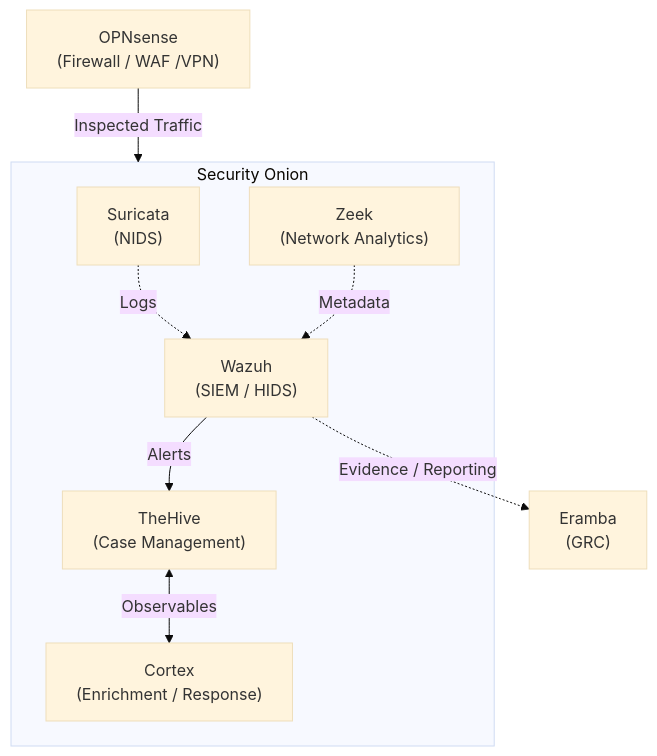
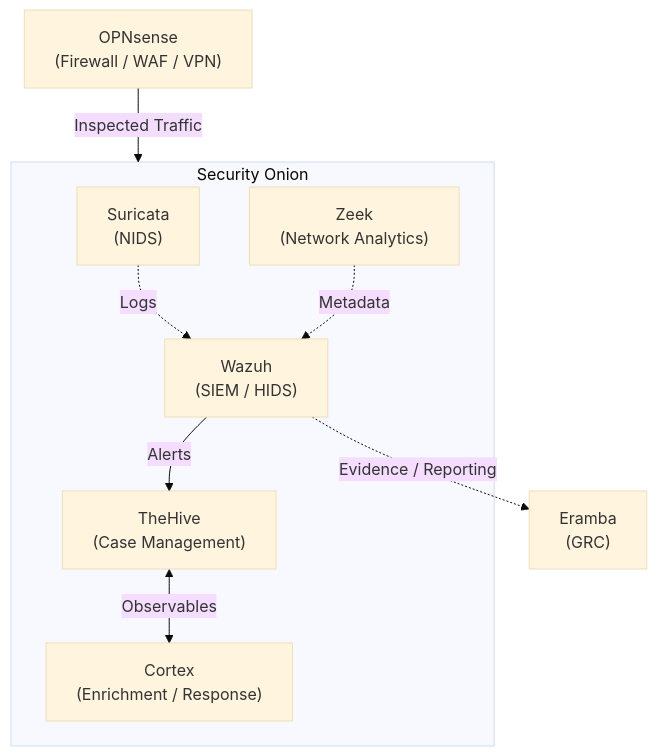
The diagram in notes/Open-Source_Security_Stack.md (sreilly1977/dlh-cyber_security), drawn with Mermaid (base theme) before and after one commit.

````diff
--- a/notes/Open-Source_Security_Stack.md
+++ b/notes/Open-Source_Security_Stack.md
@@ -53,23 +53,23 @@
 ```mermaid
 flowchart TB
-    OPN["OPNsense<br>(Firewall / WAF /VPN)"]
+    OPN["OPNsense<br>(Firewall / WAF / VPN)"]
 
     subgraph SO["Security Onion"]
         SUR["Suricata<br>(NIDS)"]
         ZEEK["Zeek<br>(Network Analytics)"]
         WAZ["Wazuh<br>(SIEM / HIDS)"]
         HIVE["TheHive<br>(Case Management)"]
         CORTEX["Cortex<br>(Enrichment / Response)"]
     end
 
     ERA["Eramba<br>(GRC)"]
 
     OPN -->|"Inspected Traffic"| SO
 
     SUR -.->|"Logs"| WAZ
     ZEEK -.->|"Metadata"| WAZ
     WAZ -->|"Alerts"| HIVE
     HIVE <-->|"Observables"| CORTEX
 
     WAZ -.->|"Evidence / Reporting"| ERA
 ```
````
